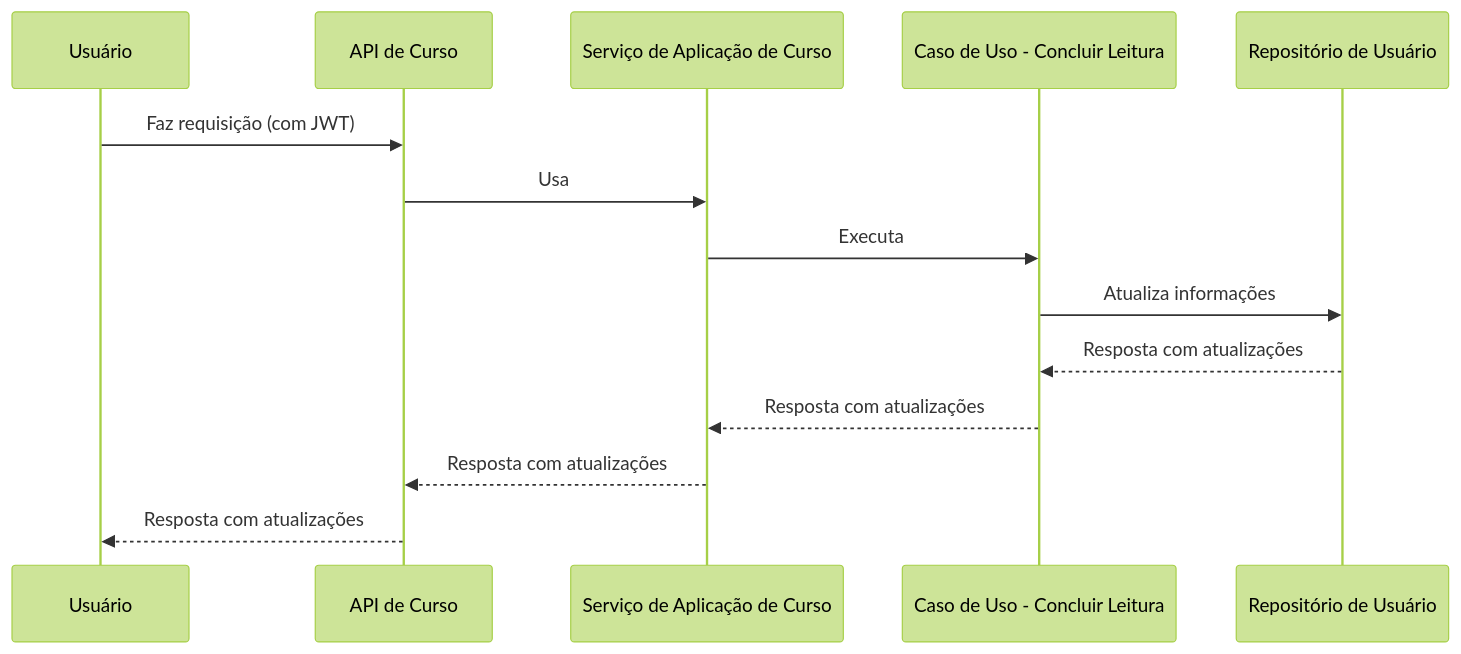
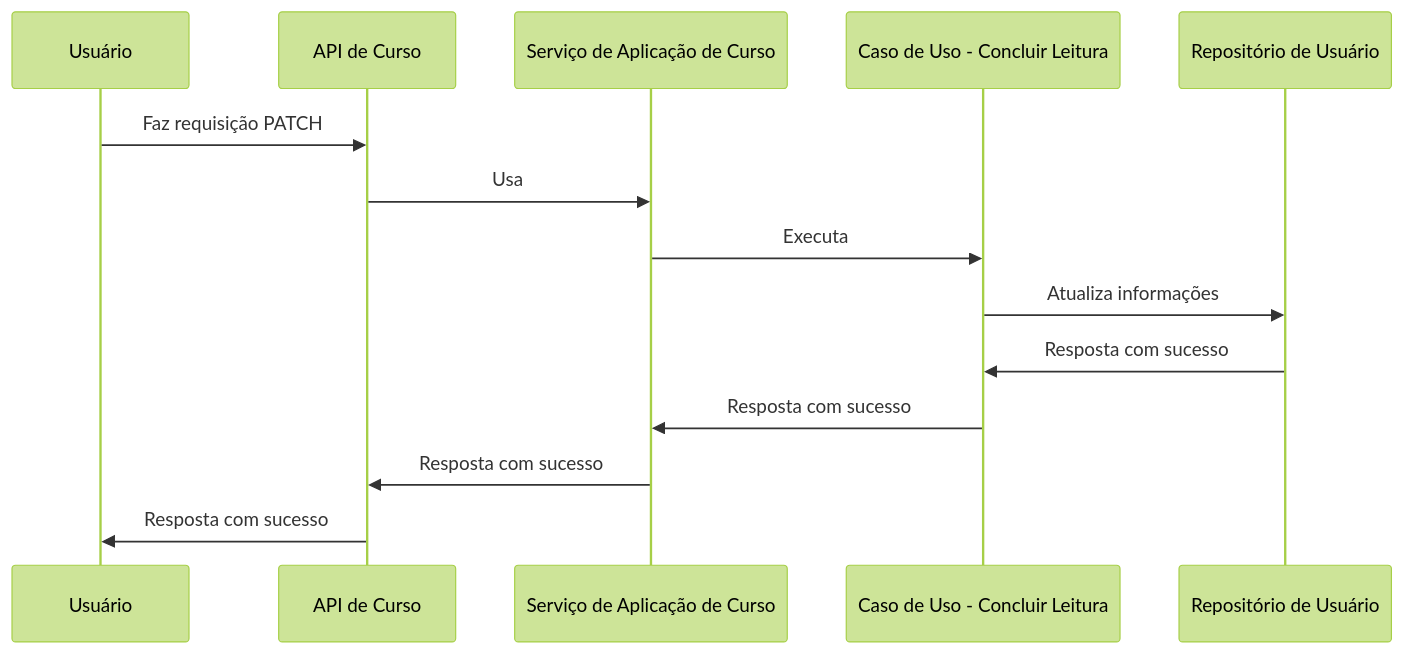
Before and after one commit to Open-3A/3A-c4-model: the fourth of 8 diagrams in C3 Components/Back-end/Módulo de curso/README.md, drawn with Mermaid (forest theme). The commit also changed other lines of this file, not shown here.

Commit message:
refactor(C3): change execution flow of course module

````diff
--- a/C3 Components/Back-end/Módulo de curso/README.md
+++ b/C3 Components/Back-end/Módulo de curso/README.md
@@ -81,17 +75,17 @@
 ```mermaid
 sequenceDiagram
     participant user as Usuário
     participant course_api as API de Curso
     participant course_service as Serviço de Aplicação de Curso
     participant finish_reading_use_case as Caso de Uso - Concluir Leitura
     participant user_repository as Repositório de Usuário
 
-    user->>course_api: Faz requisição (com JWT)
+    user->>course_api: Faz requisição PATCH
     course_api->>course_service: Usa
     course_service->>finish_reading_use_case: Executa
     finish_reading_use_case->>user_repository: Atualiza informações
-    user_repository-->>finish_reading_use_case: Resposta com atualizações
-    finish_reading_use_case-->>course_service: Resposta com atualizações
-    course_service-->>course_api: Resposta com atualizações
-    course_api-->>user: Resposta com atualizações
+    user_repository->>finish_reading_use_case: Resposta com sucesso
+    finish_reading_use_case->>course_service: Resposta com sucesso
+    course_service->>course_api: Resposta com sucesso
+    course_api->>user: Resposta com sucesso
 ```
````
